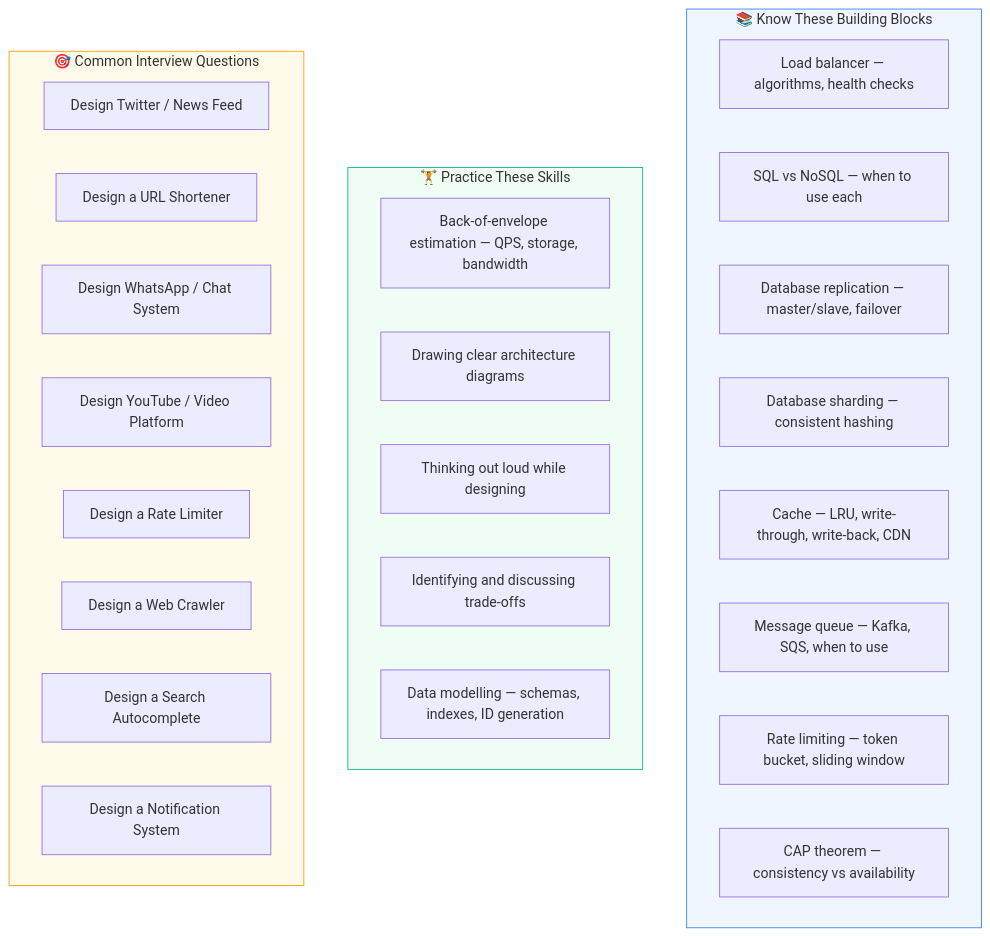
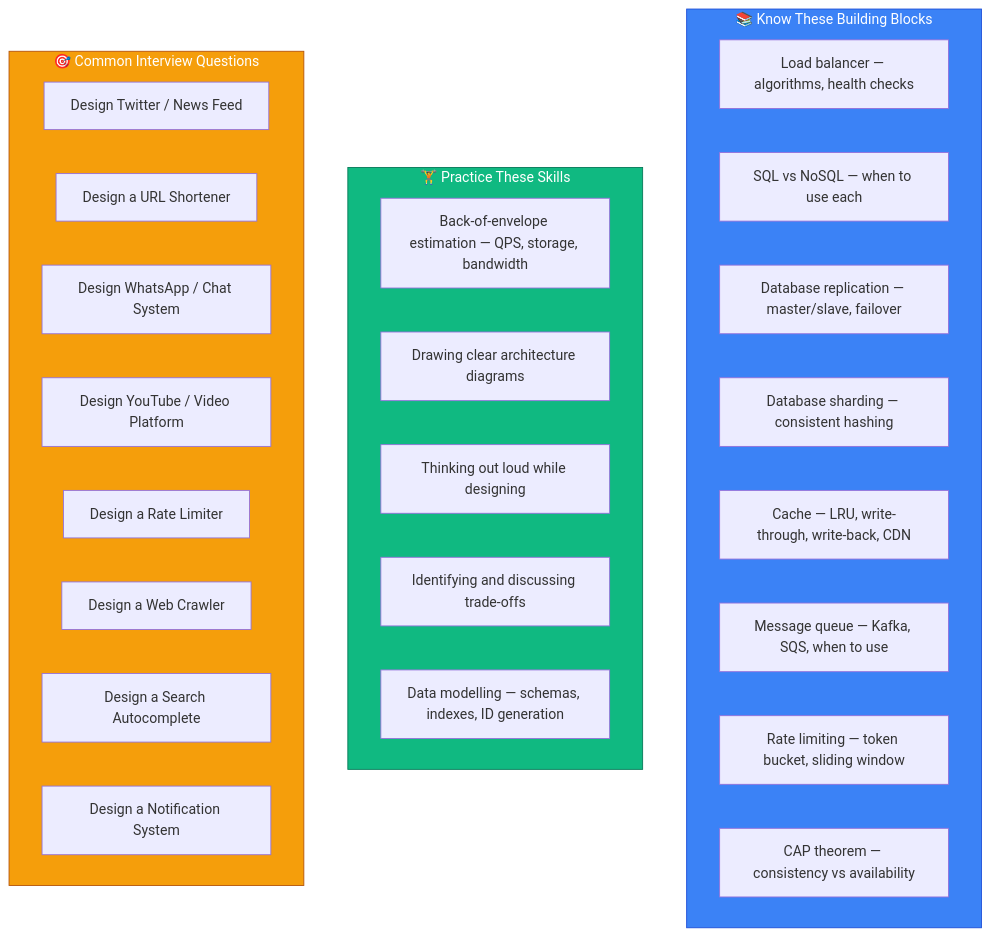
Before and after one commit to devops-monk/system-design-blog: diagram 17 of 18 in content/posts/2026/framework-for-system-design-interviews.md, drawn with Mermaid. The commit also changed other lines of this file and 5 other files, not shown here.

````diff
--- a/content/posts/2026/framework-for-system-design-interviews.md
+++ b/content/posts/2026/framework-for-system-design-interviews.md
@@ -701,36 +701,36 @@
 ```mermaid
 flowchart TD
     subgraph KNOW["📚 Know These Building Blocks"]
         K1["Load balancer — algorithms, health checks"]
         K2["SQL vs NoSQL — when to use each"]
         K3["Database replication — master/slave, failover"]
         K4["Database sharding — consistent hashing"]
         K5["Cache — LRU, write-through, write-back, CDN"]
         K6["Message queue — Kafka, SQS, when to use"]
         K7["Rate limiting — token bucket, sliding window"]
         K8["CAP theorem — consistency vs availability"]
     end
 
     subgraph PRACTICE["🏋️ Practice These Skills"]
         P1["Back-of-envelope estimation — QPS, storage, bandwidth"]
         P2["Drawing clear architecture diagrams"]
         P3["Thinking out loud while designing"]
         P4["Identifying and discussing trade-offs"]
         P5["Data modelling — schemas, indexes, ID generation"]
     end
 
     subgraph COMMON["🎯 Common Interview Questions"]
         C1["Design Twitter / News Feed"]
         C2["Design a URL Shortener"]
         C3["Design WhatsApp / Chat System"]
         C4["Design YouTube / Video Platform"]
         C5["Design a Rate Limiter"]
         C6["Design a Web Crawler"]
         C7["Design a Search Autocomplete"]
         C8["Design a Notification System"]
     end
 
-    style KNOW fill:#EFF6FF,stroke:#3B82F6
-    style PRACTICE fill:#F0FDF4,stroke:#10B981
-    style COMMON fill:#FFFBEB,stroke:#F59E0B
+    style KNOW fill:#3B82F6,stroke:#1D4ED8,color:#fff
+    style PRACTICE fill:#10B981,stroke:#047857,color:#fff
+    style COMMON fill:#F59E0B,stroke:#B45309,color:#fff
 ```
````
